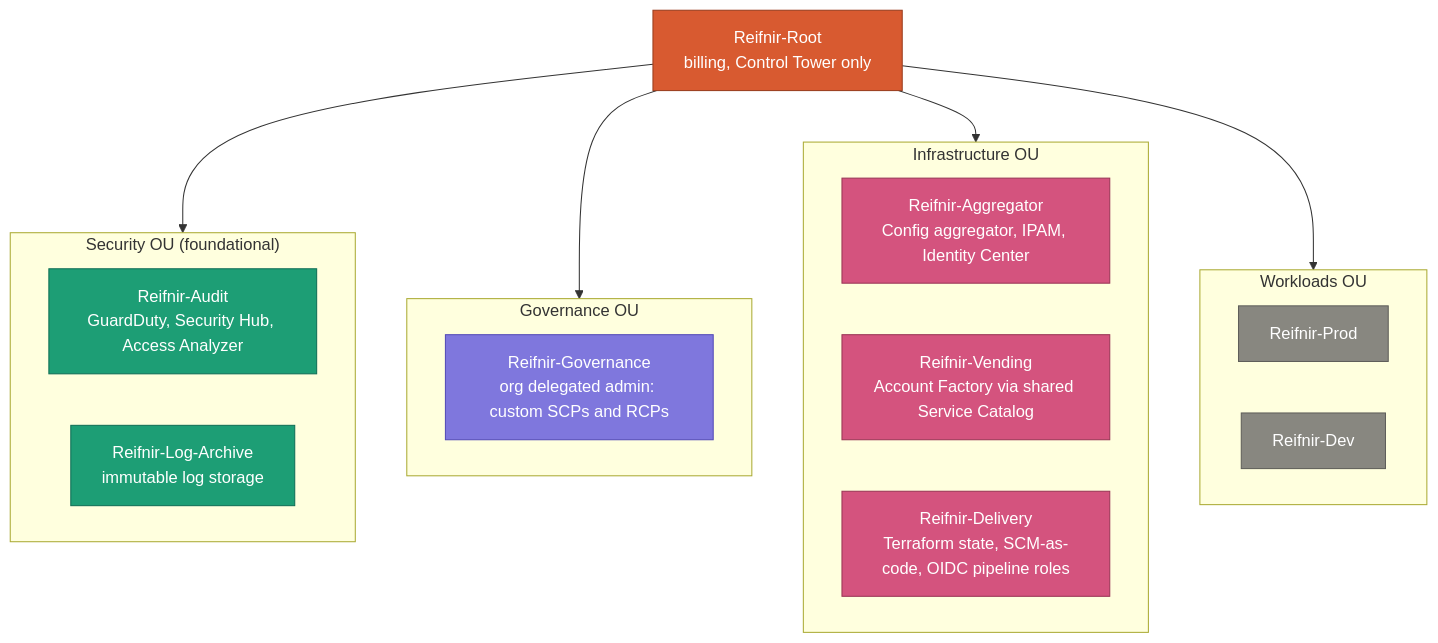
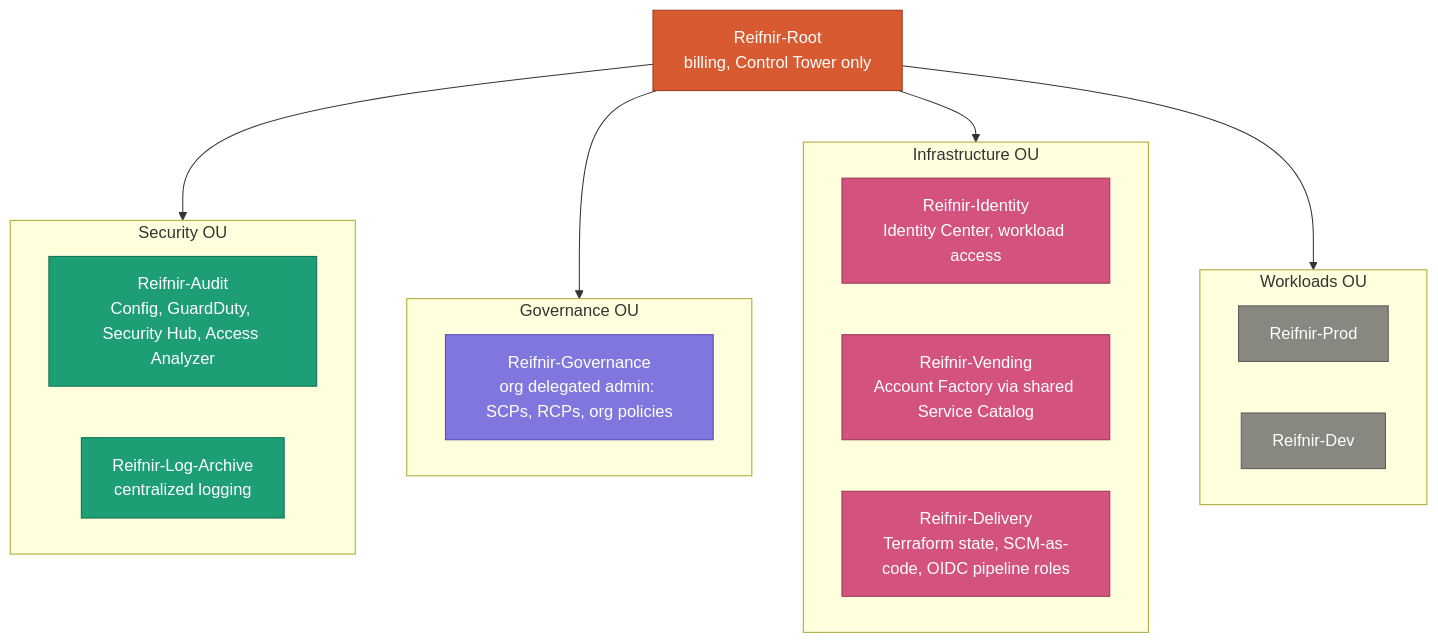
One commit to reifnir/iac-aws-organization-org-build-out changed the diagram in README.md. Above: the diagram before and after it, drawn with Mermaid. The commit also changed other lines of this file, not shown here.

````diff
--- a/README.md
+++ b/README.md
@@ -21,41 +23,41 @@
 ```mermaid
 flowchart TD
     Root["Reifnir-Root<br/>billing, Control Tower only"]
 
-    subgraph SecOU["Security OU (foundational)"]
-        Audit["Reifnir-Audit<br/>GuardDuty, Security Hub, Access Analyzer"]
-        LogArchive["Reifnir-Log-Archive<br/>immutable log storage"]
+    subgraph SecOU["Security OU"]
+        Audit["Reifnir-Audit<br/>Config, GuardDuty, Security Hub, Access Analyzer"]
+        LogArchive["Reifnir-Log-Archive<br/>centralized logging"]
     end
 
     subgraph GovOU["Governance OU"]
-        Governance["Reifnir-Governance<br/>org delegated admin: custom SCPs and RCPs"]
+        Governance["Reifnir-Governance<br/>org delegated admin: SCPs, RCPs, org policies"]
     end
 
     subgraph InfraOU["Infrastructure OU"]
-        Aggregator["Reifnir-Aggregator<br/>Config aggregator, IPAM, Identity Center"]
+        Identity["Reifnir-Identity<br/>Identity Center, workload access"]
         Vending["Reifnir-Vending<br/>Account Factory via shared Service Catalog"]
         Delivery["Reifnir-Delivery<br/>Terraform state, SCM-as-code, OIDC pipeline roles"]
     end
 
     subgraph WorkOU["Workloads OU"]
         Prod["Reifnir-Prod"]
         Dev["Reifnir-Dev"]
     end
 
     Root --> SecOU
     Root --> GovOU
     Root --> InfraOU
     Root --> WorkOU
 
     classDef mgmt fill:#D85A30,stroke:#993C1D,color:#ffffff
     classDef detective fill:#1D9E75,stroke:#0F6E56,color:#ffffff
     classDef policy fill:#7F77DD,stroke:#534AB7,color:#ffffff
     classDef infra fill:#D4537E,stroke:#993556,color:#ffffff
     classDef workload fill:#888780,stroke:#5F5E5A,color:#ffffff
 
     class Root mgmt
     class Audit,LogArchive detective
     class Governance policy
-    class Aggregator,Vending,Delivery infra
+    class Identity,Vending,Delivery infra
     class Prod,Dev workload
 ```
````
